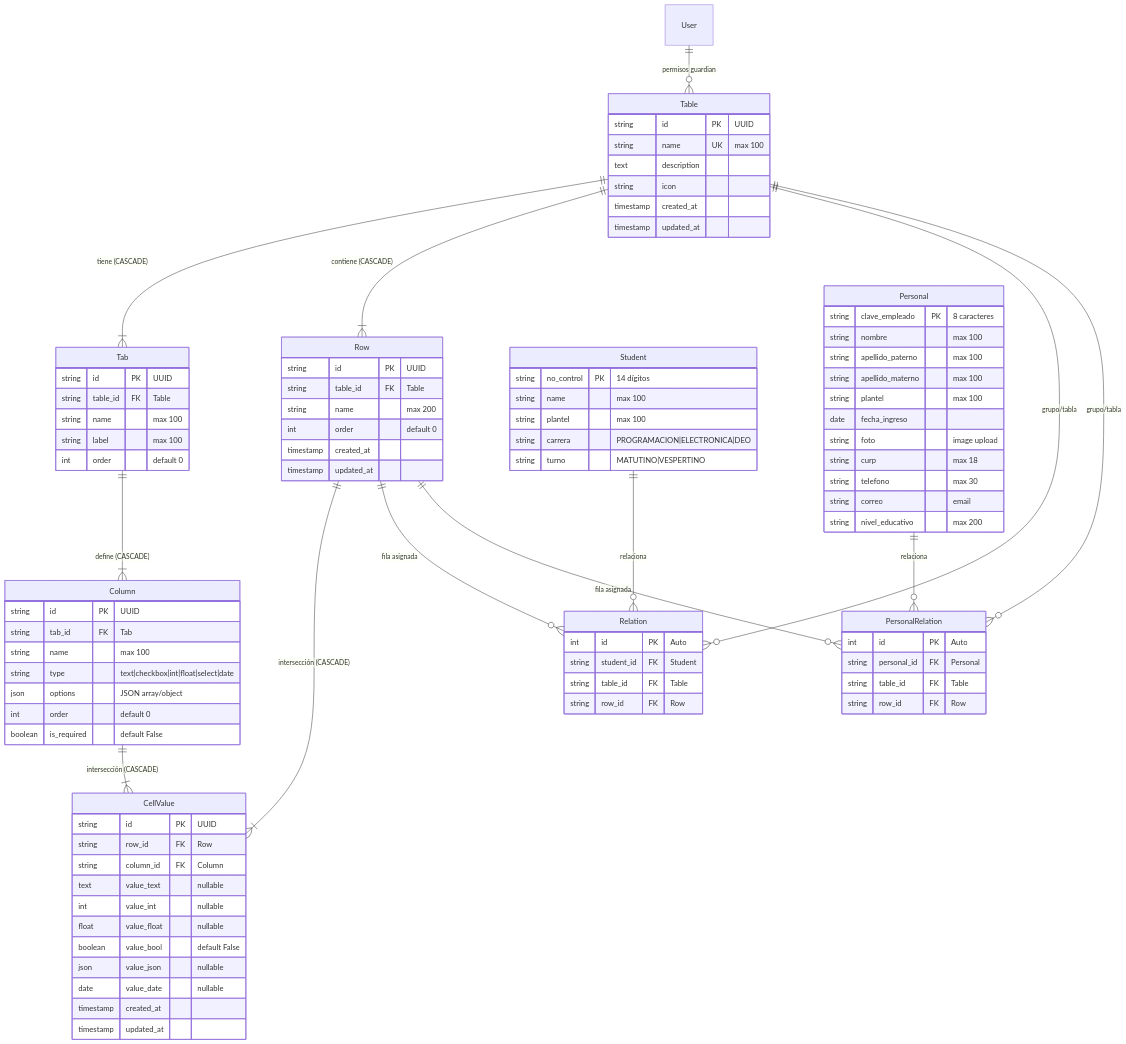
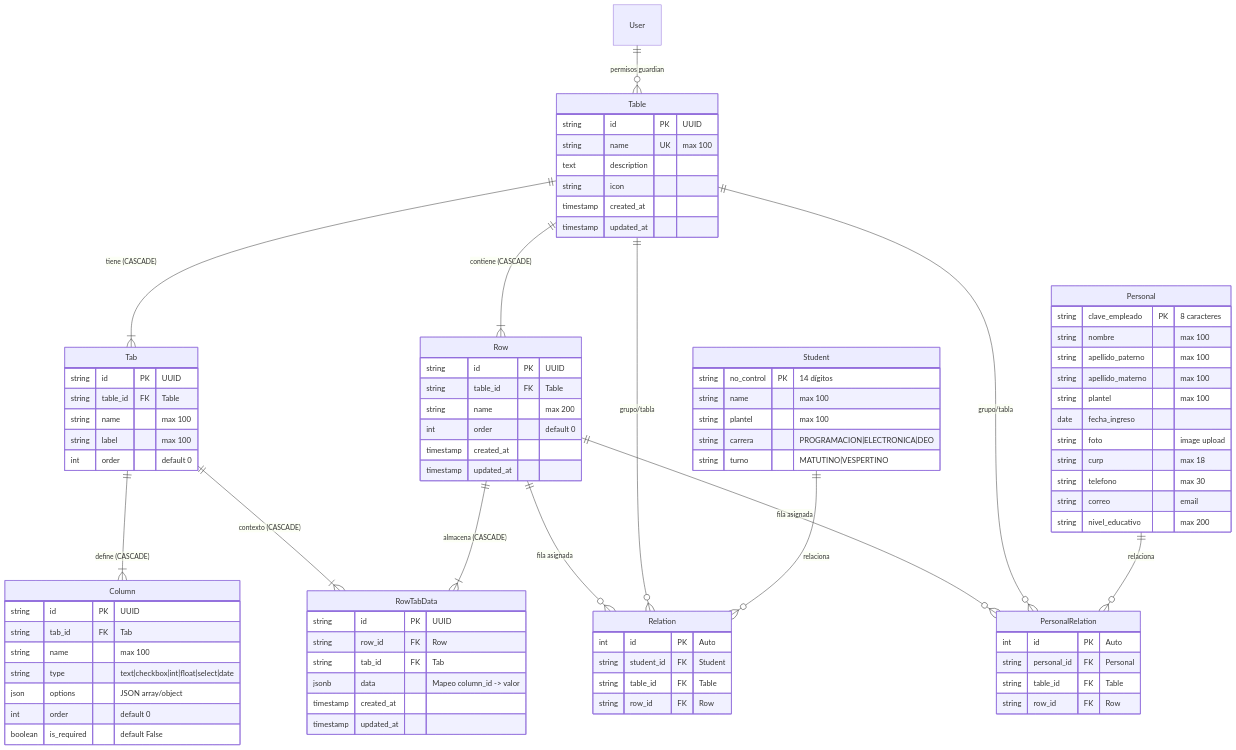
The diagram in SYSTEM_API_SPECIFICATION.md (7dg84/Tlaix), drawn with Mermaid before and after one commit. The commit also changed other lines of this file and 1264 other files, not shown here.

Commit message:
row-tab-data-migration

```diff
--- a/SYSTEM_API_SPECIFICATION.md
+++ b/SYSTEM_API_SPECIFICATION.md
@@ -103,8 +103,8 @@
     Table ||--|{ Tab : "tiene (CASCADE)"
     Tab ||--|{ Column : "define (CASCADE)"
     Table ||--|{ Row : "contiene (CASCADE)"
-    Row ||--|{ CellValue : "intersección (CASCADE)"
-    Column ||--|{ CellValue : "intersección (CASCADE)"
+    Row ||--|{ RowTabData : "almacena (CASCADE)"
+    Tab ||--|{ RowTabData : "contexto (CASCADE)"
     
     Student ||--o{ Relation : "relaciona"
     Table ||--o{ Relation : "grupo/tabla"
@@ -150,16 +150,11 @@
         timestamp updated_at
     }
 
-    CellValue {
+    RowTabData {
         string id PK "UUID"
         string row_id FK "Row"
-        string column_id FK "Column"
-        text value_text "nullable"
-        int value_int "nullable"
-        float value_float "nullable"
-        boolean value_bool "default False"
-        json value_json "nullable"
-        date value_date "nullable"
+        string tab_id FK "Tab"
+        jsonb data "Mapeo column_id -> valor"
         timestamp created_at
         timestamp updated_at
     }
```
